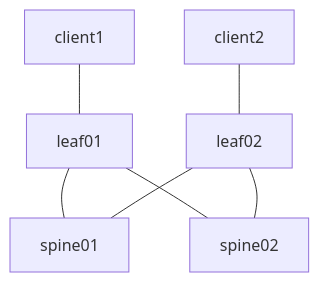
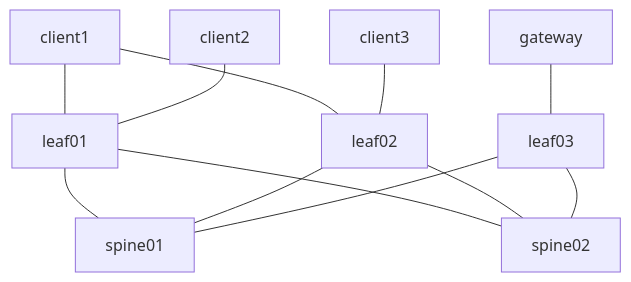
The diagram in README.md (dbono711/clab-frr-evpn-vxlan), drawn with Mermaid before and after one commit. The commit also changed other lines of this file and 25 other files, not shown here.

````diff
--- a/README.md
+++ b/README.md
@@ -15,9 +15,14 @@
 ```mermaid
 graph TD
-  client2---leaf02
   leaf01---spine01
   leaf01---spine02
   leaf02---spine01
   leaf02---spine02
+  leaf03---spine01
+  leaf03---spine02
   client1---leaf01
+  client1---leaf02
+  client2---leaf01
+  client3---leaf02
+  gateway---leaf03
 ```
````
